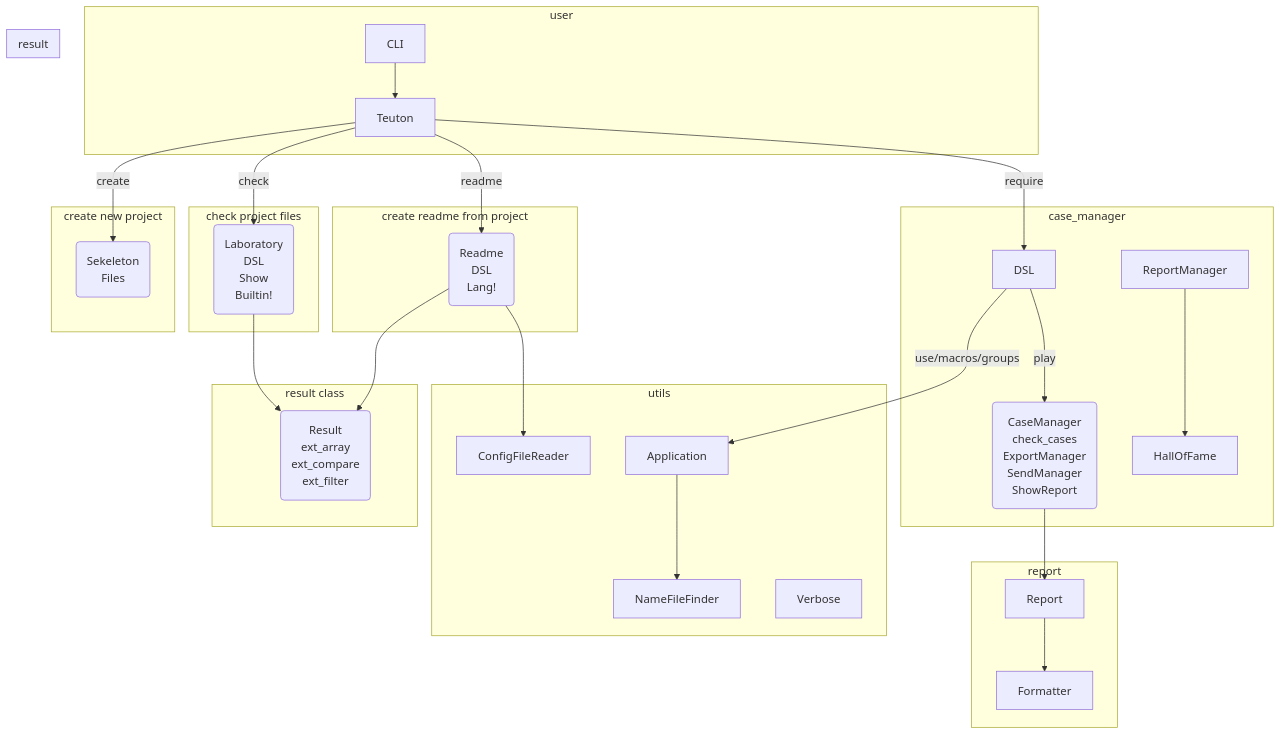
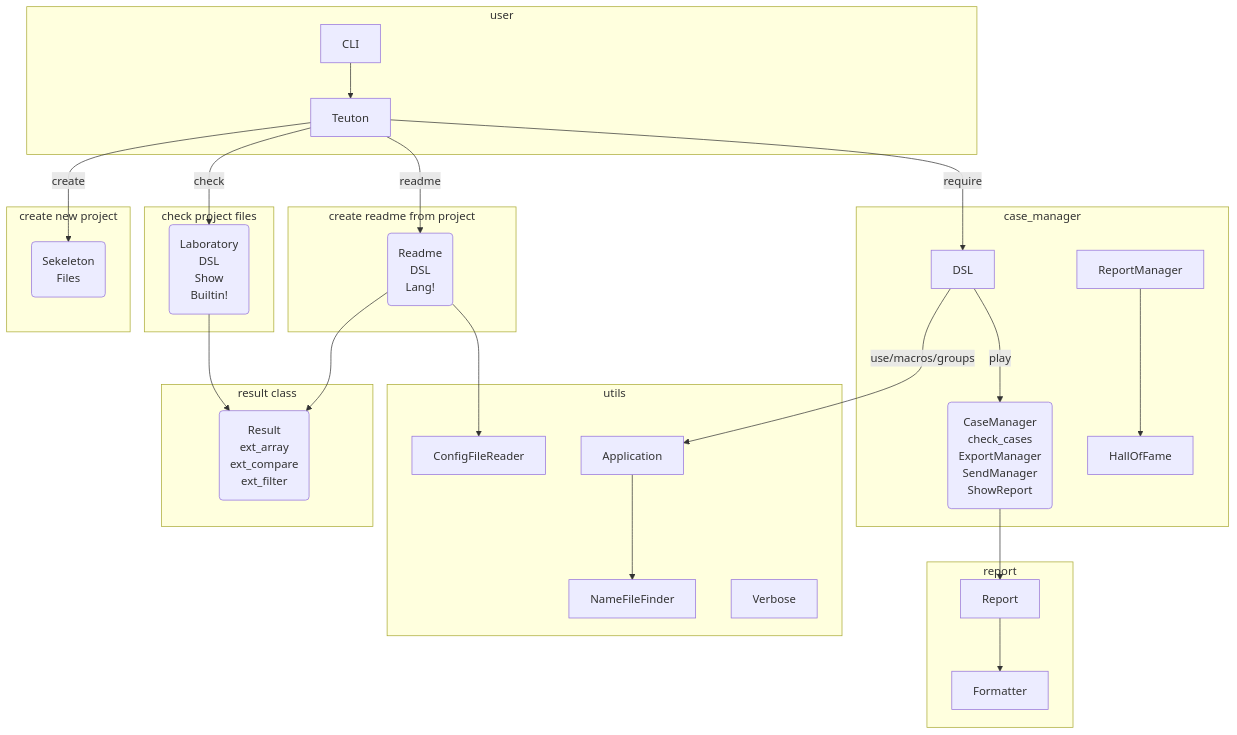
Before and after one commit to teuton-software/teuton: the diagram in docs/diagram.md, drawn with Mermaid.

````diff
--- a/docs/diagram.md
+++ b/docs/diagram.md
@@ -5,46 +5,42 @@
 ```mermaid
 flowchart TB
 
 subgraph user
   CLI --> Teuton
 end
 
 subgraph "create new project"
   Teuton -- create --> Skeleton("Sekeleton\nFiles")
 end
 
 subgraph "check project files"
   Teuton -- check --> Laboratory("Laboratory\nDSL\nShow\nBuiltin!")
 end
 
 subgraph "create readme from project"
   Teuton -- readme --> Readme("Readme\nDSL\nLang!")
 end
 
 subgraph "result class"
   Laboratory --> Result
   Readme --> Result("Result\next_array\next_compare\next_filter")
 end
 
 subgraph utils
   Readme --> ConfigFileReader
   Application --> NameFileFinder
   Verbose
 end
 
 subgraph case_manager
   Teuton -- require --> DSL
   DSL -- use/macros/groups --> Application
   DSL -- play --> CaseManager("CaseManager\ncheck_cases\nExportManager\nSendManager\nShowReport")
   ReportManager --> HallOfFame
 end
 
-subgraph result
-  Result("Result\next_array\next_compare\next_filter")
-end
-
 subgraph report
   CaseManager --> Report
   Report --> Formatter
 end
 ```
````
